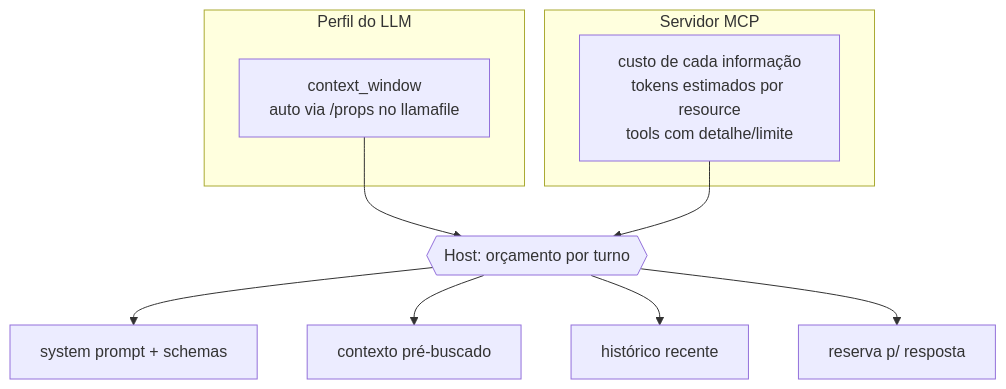
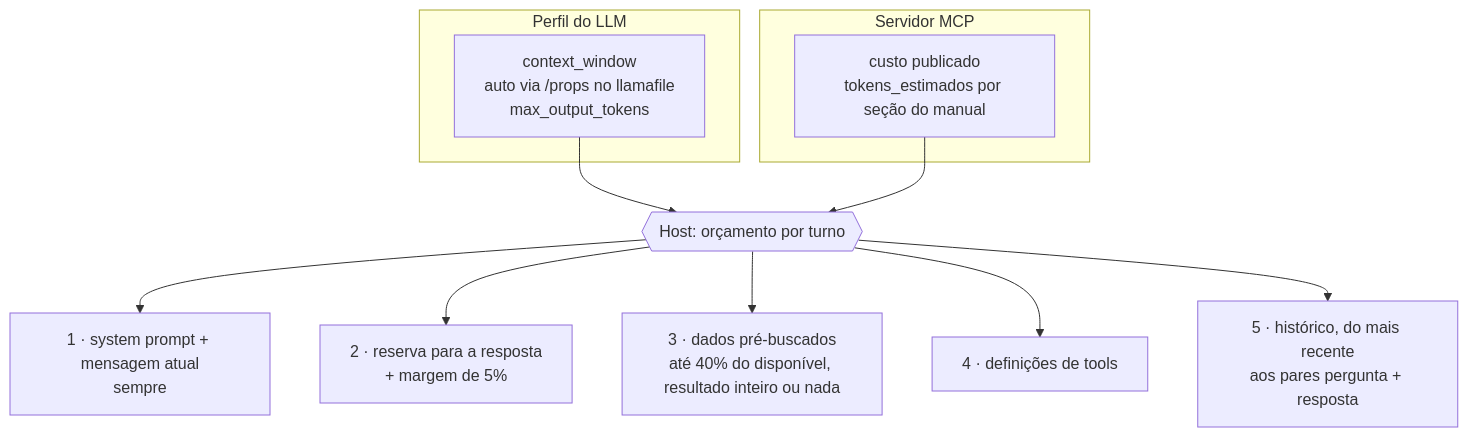
Before and after one commit to RonildoSilva/ai-engineer-challenge: the fourth of 17 diagrams in README.md, drawn with Mermaid. The commit also changed other lines of this file and 12 other files, not shown here.

First line of the commit message:
feat(agent): roteamento de intenção, pré-busca e orçamento de contexto

````diff
--- a/README.md
+++ b/README.md
@@ -126,15 +127,16 @@
 ```mermaid
 flowchart TB
     subgraph Perfil[Perfil do LLM]
-        CW[context_window<br/>auto via /props no llamafile]
+        CW[context_window<br/>auto via /props no llamafile<br/>max_output_tokens]
     end
     subgraph MCPm[Servidor MCP]
-        SZ[custo de cada informação<br/>tokens estimados por resource<br/>tools com detalhe/limite]
+        SZ[custo publicado<br/>tokens_estimados por seção do manual]
     end
     CW --> BUD{{Host: orçamento por turno}}
     SZ --> BUD
-    BUD --> S1[system prompt + schemas]
-    BUD --> S2[contexto pré-buscado]
-    BUD --> S3[histórico recente]
-    BUD --> S4[reserva p/ resposta]
+    BUD --> S0[1 · system prompt + mensagem atual<br/>sempre]
+    BUD --> S1[2 · reserva para a resposta<br/>+ margem de 5%]
+    BUD --> S2[3 · dados pré-buscados<br/>até 40% do disponível, resultado inteiro ou nada]
+    BUD --> S3[4 · definições de tools]
+    BUD --> S4[5 · histórico, do mais recente<br/>aos pares pergunta + resposta]
 ```
````
